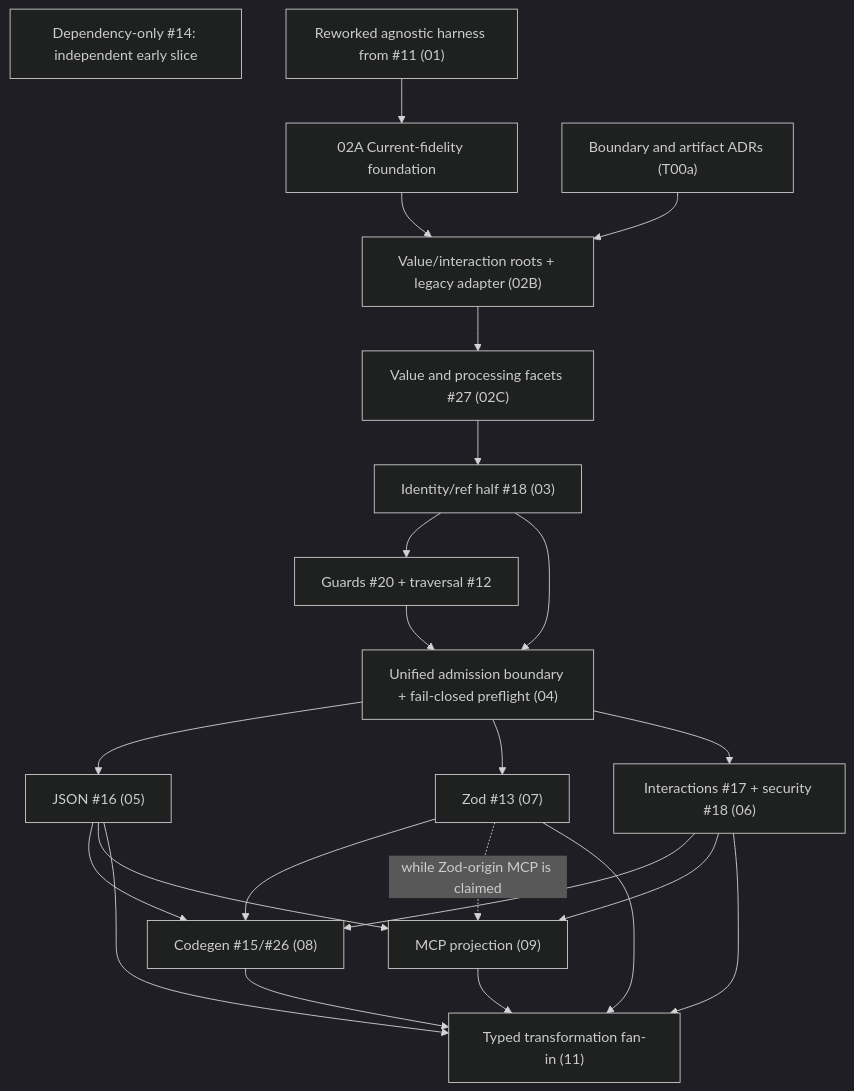
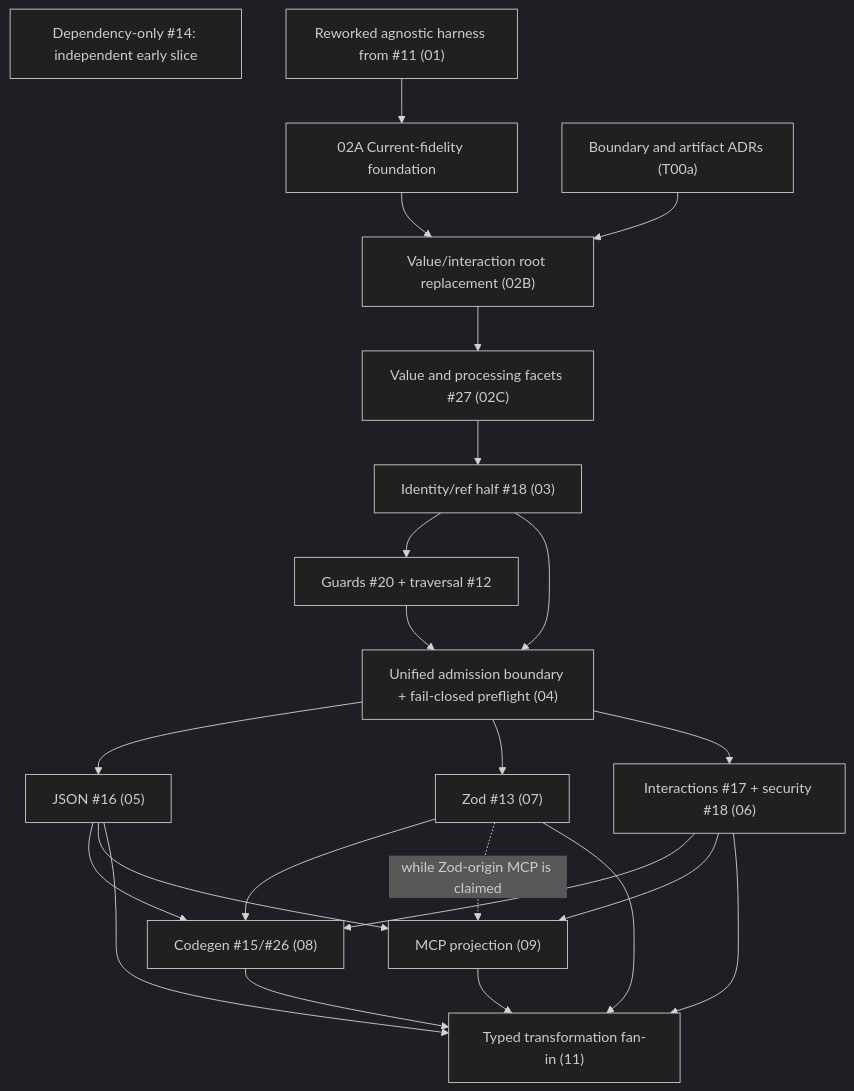
One commit to EngraphCode/castr changed the second of 2 diagrams in .agent/report/castr-completeness-losslessness-proof-programme-2026-08-21.md. Above: the diagram before and after it, drawn with Mermaid (dark theme). The commit also changed other lines of this file and 6 other files, not shown here.

````diff
--- a/.agent/report/castr-completeness-losslessness-proof-programme-2026-08-21.md
+++ b/.agent/report/castr-completeness-losslessness-proof-programme-2026-08-21.md
@@ -2190,26 +2237,26 @@
 ```mermaid
 flowchart TD
     X["Dependency-only #14: independent early slice"]
     B["Reworked agnostic harness from #11 (01)"] --> C["02A Current-fidelity foundation"]
-    A["Boundary and artifact ADRs (T00a)"] --> D["Value/interaction roots + legacy adapter (02B)"]
+    A["Boundary and artifact ADRs (T00a)"] --> D["Value/interaction root replacement (02B)"]
     C --> D
     D --> E["Value and processing facets #27 (02C)"]
     E --> F["Identity/ref half #18 (03)"]
     F --> G["Guards #20 + traversal #12"]
     F --> ADM["Unified admission boundary + fail-closed preflight (04)"]
     G --> ADM
     ADM --> H["JSON #16 (05)"]
     ADM --> I["Zod #13 (07)"]
     ADM --> K["Interactions #17 + security #18 (06)"]
     H --> L["Codegen #15/#26 (08)"]
     I --> L
     K --> L
     H --> M["MCP projection (09)"]
     K --> M
     I -.->|"while Zod-origin MCP is claimed"| M
     H --> J["Typed transformation fan-in (11)"]
     I --> J
     K --> J
     L --> J
     M --> J
 ```
````
